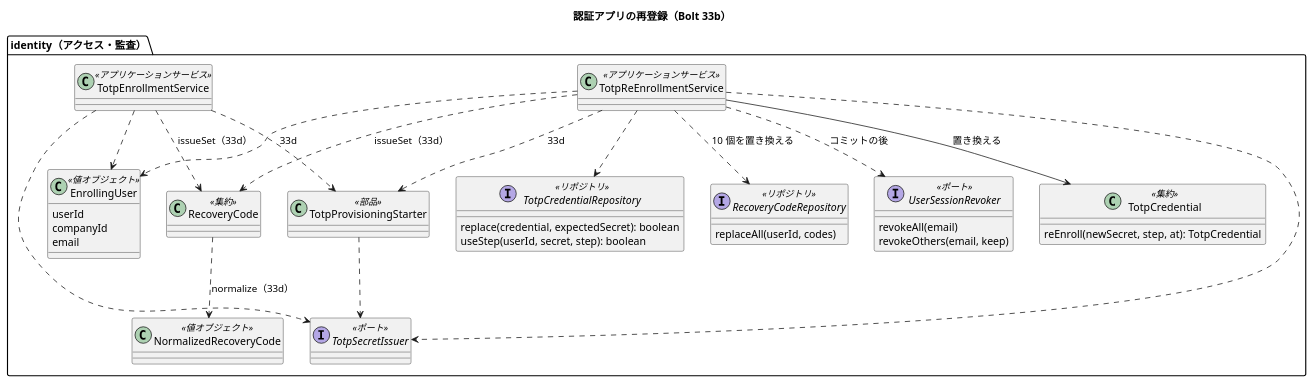
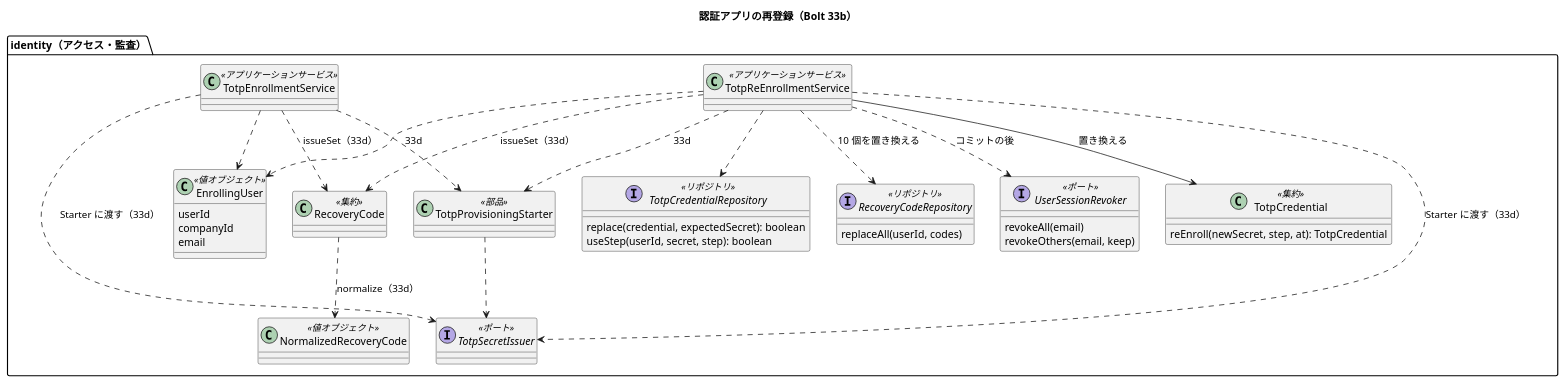
Before and after one commit to k2works/practical-domain-driven-design-in-enterpris-application: diagram 14 of 22 in docs/design/cargo-tracker/domain_model.md, drawn with PlantUML. The commit also changed other lines of this file and 16 other files, not shown here.

````diff
--- a/docs/design/cargo-tracker/domain_model.md
+++ b/docs/design/cargo-tracker/domain_model.md
@@ -1072,46 +1072,46 @@
 ```plantuml
 @startuml
 title 認証アプリの再登録（Bolt 33b）
 package "identity（アクセス・監査）" {
   class TotpCredential <<集約>> {
     reEnroll(newSecret, step, at): TotpCredential
   }
   class RecoveryCode <<集約>>
   class EnrollingUser <<値オブジェクト>> {
     userId
     companyId
     email
   }
   interface TotpCredentialRepository <<リポジトリ>> {
     replace(credential, expectedSecret): boolean
     useStep(userId, secret, step): boolean
   }
   interface RecoveryCodeRepository <<リポジトリ>> {
     replaceAll(userId, codes)
   }
   interface UserSessionRevoker <<ポート>> {
     revokeAll(email)
     revokeOthers(email, keep)
   }
   interface TotpSecretIssuer <<ポート>>
   class NormalizedRecoveryCode <<値オブジェクト>>
   class TotpProvisioningStarter <<部品>>
   class TotpEnrollmentService <<アプリケーションサービス>>
   class TotpReEnrollmentService <<アプリケーションサービス>>
   TotpEnrollmentService ..> TotpProvisioningStarter : 33d
   TotpReEnrollmentService ..> TotpProvisioningStarter : 33d
   TotpProvisioningStarter ..> TotpSecretIssuer
   TotpEnrollmentService ..> RecoveryCode : issueSet（33d）
   TotpReEnrollmentService ..> RecoveryCode : issueSet（33d）
   RecoveryCode ..> NormalizedRecoveryCode : normalize（33d）
   TotpEnrollmentService ..> EnrollingUser
   TotpReEnrollmentService ..> EnrollingUser
-  TotpEnrollmentService ..> TotpSecretIssuer
-  TotpReEnrollmentService ..> TotpSecretIssuer
+  TotpEnrollmentService ..> TotpSecretIssuer : Starter に渡す（33d）
+  TotpReEnrollmentService ..> TotpSecretIssuer : Starter に渡す（33d）
   TotpReEnrollmentService --> TotpCredential : 置き換える
   TotpReEnrollmentService ..> TotpCredentialRepository
   TotpReEnrollmentService ..> RecoveryCodeRepository : 10 個を置き換える
   TotpReEnrollmentService ..> UserSessionRevoker : コミットの後
 }
 @enduml
 ```
````
